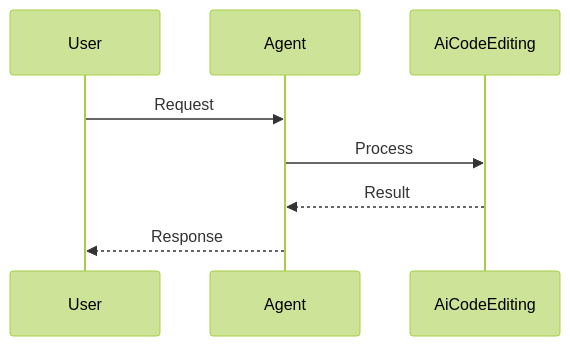
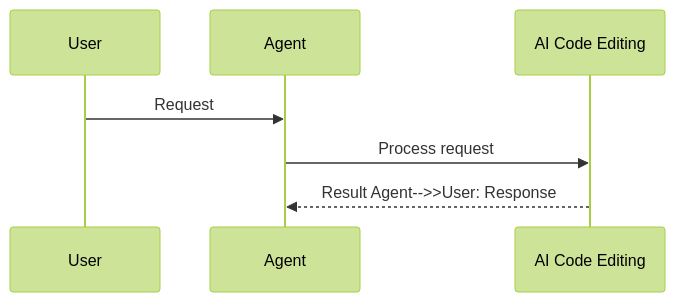
Before and after one commit to MervinPraison/PraisonAIDocs: the second of 2 diagrams in docs/features/code.mdx, drawn with Mermaid (forest theme). The commit also changed 204 other files, not shown here.

First line of the commit message:
docs: align feature/tool pages with AGENTS.md hero + sequence + import standards (fixes #1775)

````diff
--- a/docs/features/code.mdx
+++ b/docs/features/code.mdx
@@ -50,11 +50,10 @@
 ```mermaid
 sequenceDiagram
     participant User
     participant Agent
-    participant AiCodeEditing
+    participant Feature as AI Code Editing
 
     User->>Agent: Request
-    Agent->>AiCodeEditing: Process
-    AiCodeEditing-->>Agent: Result
-    Agent-->>User: Response
+    Agent->>Feature: Process request
+    Feature-->>Agent: Result    Agent-->>User: Response
 ```
````
